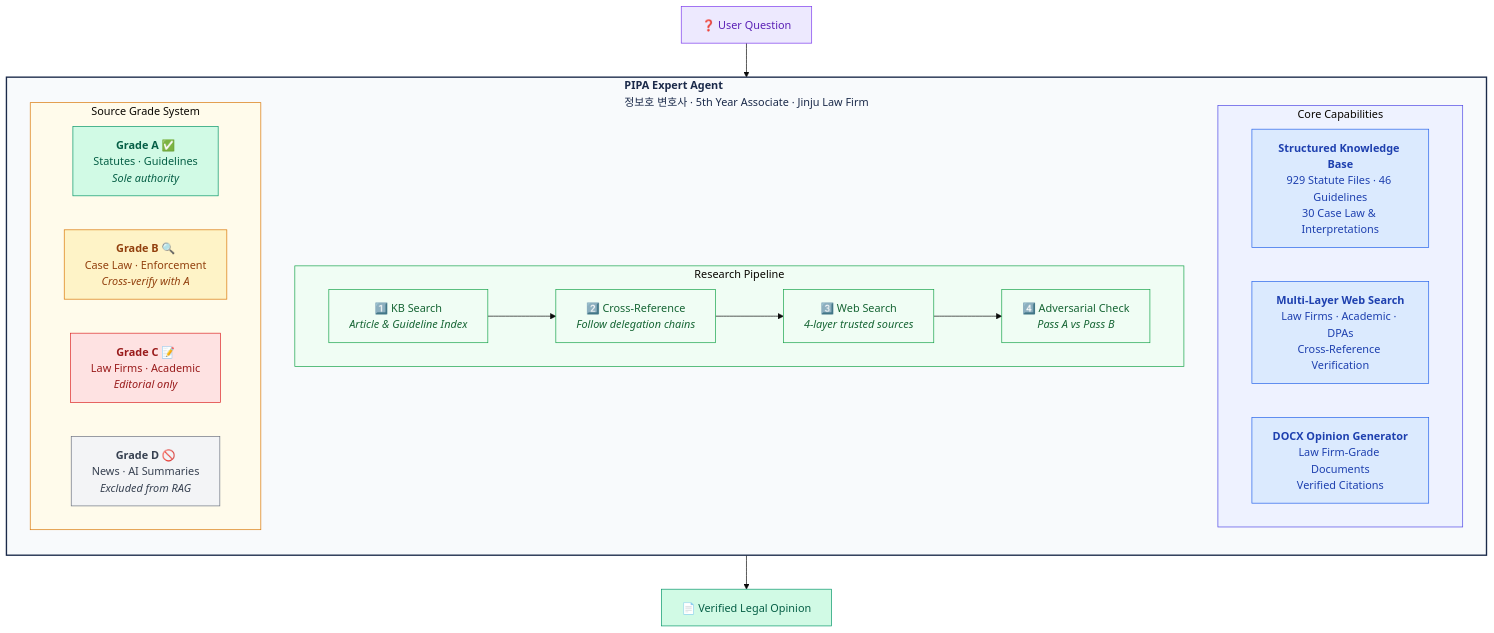
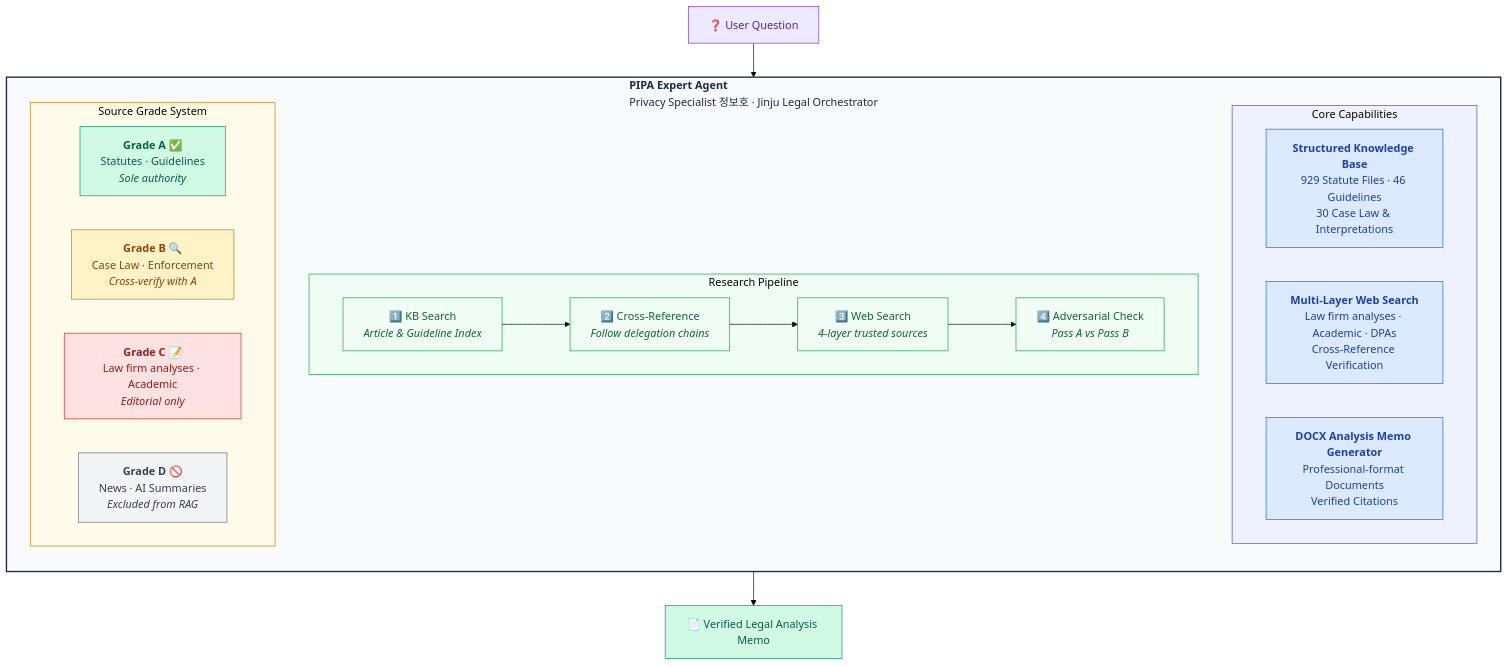
The first of 2 diagrams in README.md (kipeum86/PIPA-expert), drawn with Mermaid (base theme) before and after one commit. The commit also changed other lines of this file and 6 other files, not shown here.

Commit message:
Rename public-facing branding to Jinju Legal Orchestrator

````diff
--- a/README.md
+++ b/README.md
@@ -48,51 +48,51 @@
 ```mermaid
 graph TB
-    subgraph agent["<b>PIPA Expert Agent</b><br/>정보호 변호사 · 5th Year Associate · Jinju Law Firm"]
+    subgraph agent["<b>PIPA Expert Agent</b><br/>Privacy Specialist 정보호 · Jinju Legal Orchestrator"]
         direction TB
 
         subgraph core["Core Capabilities"]
             direction LR
             KB["<b>Structured Knowledge Base</b><br/>929 Statute Files · 46 Guidelines<br/>30 Case Law &amp; Interpretations"]
-            WS["<b>Multi-Layer Web Search</b><br/>Law Firms · Academic · DPAs<br/>Cross-Reference Verification"]
-            DX["<b>DOCX Opinion Generator</b><br/>Law Firm-Grade Documents<br/>Verified Citations"]
+            WS["<b>Multi-Layer Web Search</b><br/>Law firm analyses · Academic · DPAs<br/>Cross-Reference Verification"]
+            DX["<b>DOCX Analysis Memo Generator</b><br/>Professional-format Documents<br/>Verified Citations"]
         end
 
         subgraph pipeline["Research Pipeline"]
             direction LR
             S1["1️⃣ KB Search<br/><i>Article & Guideline Index</i>"]
             S2["2️⃣ Cross-Reference<br/><i>Follow delegation chains</i>"]
             S3["3️⃣ Web Search<br/><i>4-layer trusted sources</i>"]
             S4["4️⃣ Adversarial Check<br/><i>Pass A vs Pass B</i>"]
             S1 --> S2 --> S3 --> S4
         end
 
         subgraph grades["Source Grade System"]
             direction LR
             GA["<b>Grade A</b> ✅<br/>Statutes · Guidelines<br/><i>Sole authority</i>"]
             GB["<b>Grade B</b> 🔍<br/>Case Law · Enforcement<br/><i>Cross-verify with A</i>"]
-            GC["<b>Grade C</b> 📝<br/>Law Firms · Academic<br/><i>Editorial only</i>"]
+            GC["<b>Grade C</b> 📝<br/>Law firm analyses · Academic<br/><i>Editorial only</i>"]
             GD["<b>Grade D</b> 🚫<br/>News · AI Summaries<br/><i>Excluded from RAG</i>"]
         end
     end
 
     Q["❓ User Question"] --> S1
-    S4 --> O["📄 Verified Legal Opinion"]
+    S4 --> O["📄 Verified Legal Analysis Memo"]
 
     style agent fill:#f8fafc,stroke:#1B2A4A,stroke-width:2px,color:#1B2A4A
     style core fill:#eef2ff,stroke:#4f46e5,stroke-width:1px
     style pipeline fill:#f0fdf4,stroke:#16a34a,stroke-width:1px
     style grades fill:#fffbeb,stroke:#d97706,stroke-width:1px
     style KB fill:#dbeafe,stroke:#2563eb,color:#1e40af
     style WS fill:#dbeafe,stroke:#2563eb,color:#1e40af
     style DX fill:#dbeafe,stroke:#2563eb,color:#1e40af
     style GA fill:#d1fae5,stroke:#059669,color:#065f46
     style GB fill:#fef3c7,stroke:#d97706,color:#92400e
     style GC fill:#fee2e2,stroke:#dc2626,color:#991b1b
     style GD fill:#f3f4f6,stroke:#6b7280,color:#374151
     style Q fill:#ede9fe,stroke:#7c3aed,color:#5b21b6
     style O fill:#d1fae5,stroke:#059669,color:#065f46
     style S1 fill:#f0fdf4,stroke:#16a34a,color:#166534
     style S2 fill:#f0fdf4,stroke:#16a34a,color:#166534
     style S3 fill:#f0fdf4,stroke:#16a34a,color:#166534
     style S4 fill:#f0fdf4,stroke:#16a34a,color:#166534
 ```
````
